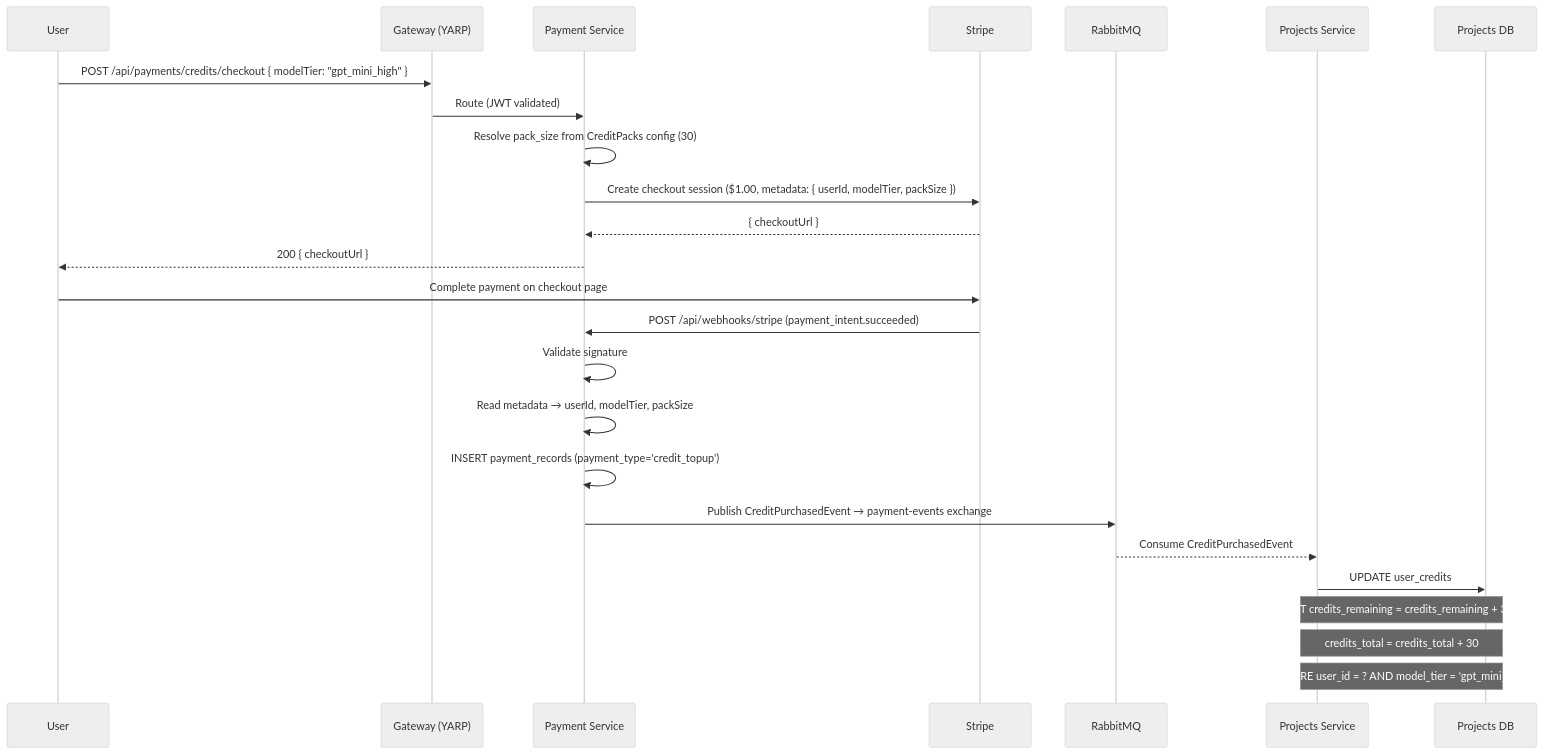
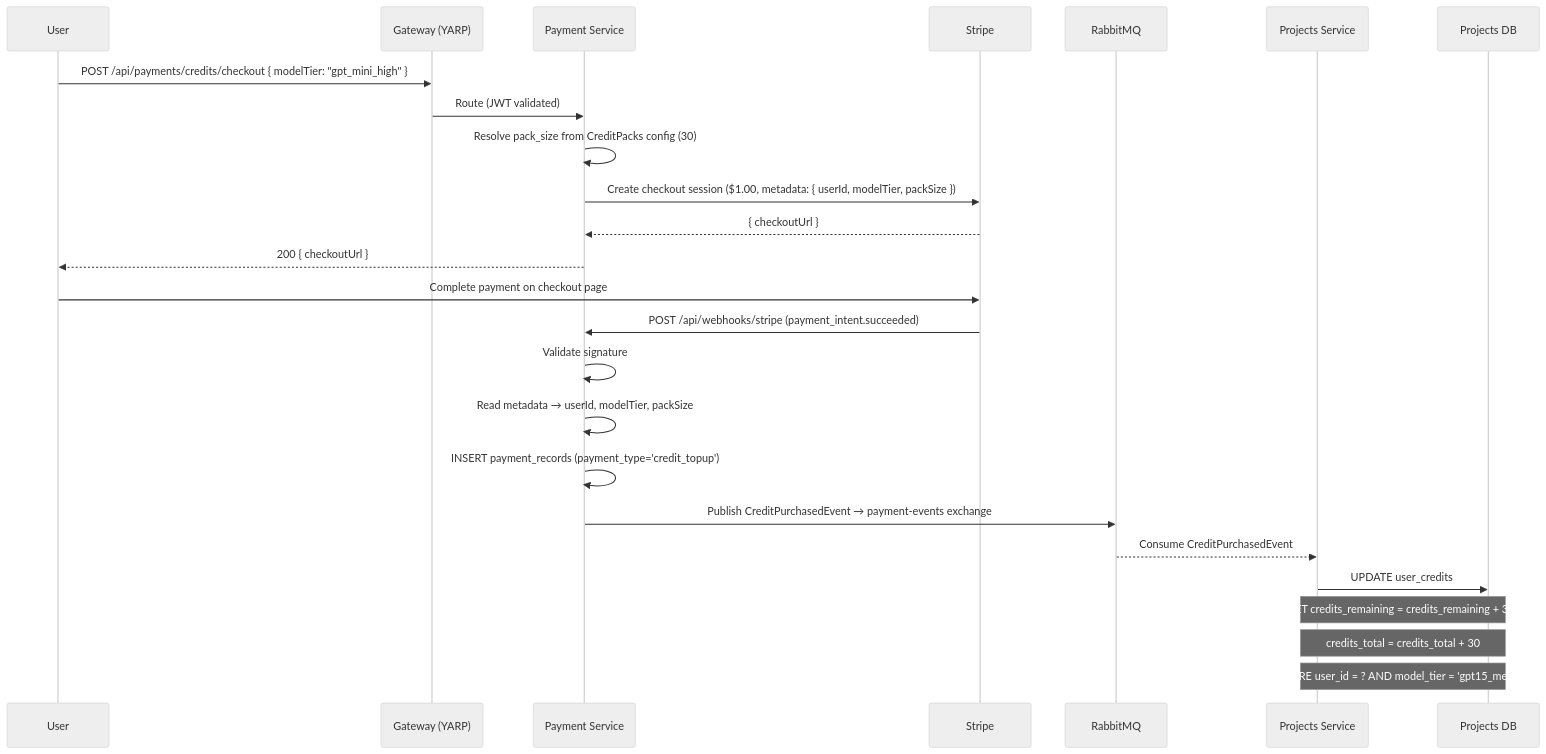
The second of 7 diagrams in docs/admin-and-payments-architecture.md (Jhon6723/capstone-software-development-5-service), drawn with Mermaid (neutral theme) before and after one commit. The commit also changed other lines of this file and 1 other file, not shown here.

First line of the commit message:
docs: update AI model tiers from 3 to 7 models and revise credit pricing structure

````diff
--- a/docs/admin-and-payments-architecture.md
+++ b/docs/admin-and-payments-architecture.md
@@ -346,29 +370,29 @@
 ```mermaid
 sequenceDiagram
     participant U as User
     participant GW as Gateway (YARP)
     participant PAY as Payment Service
     participant STRIPE as Stripe
     participant R as RabbitMQ
     participant PROJ as Projects Service
     participant UDB as Projects DB
 
     U->>GW: POST /api/payments/credits/checkout { modelTier: "gpt_mini_high" }
     GW->>PAY: Route (JWT validated)
     PAY->>PAY: Resolve pack_size from CreditPacks config (30)
     PAY->>STRIPE: Create checkout session ($1.00, metadata: { userId, modelTier, packSize })
     STRIPE-->>PAY: { checkoutUrl }
     PAY-->>U: 200 { checkoutUrl }
 
     U->>STRIPE: Complete payment on checkout page
     STRIPE->>PAY: POST /api/webhooks/stripe (payment_intent.succeeded)
     PAY->>PAY: Validate signature
     PAY->>PAY: Read metadata → userId, modelTier, packSize
     PAY->>PAY: INSERT payment_records (payment_type='credit_topup')
     PAY->>R: Publish CreditPurchasedEvent → payment-events exchange
     R-->>PROJ: Consume CreditPurchasedEvent
     PROJ->>UDB: UPDATE user_credits
     Note over PROJ,UDB: SET credits_remaining = credits_remaining + 30,
     Note over PROJ,UDB: credits_total = credits_total + 30
-    Note over PROJ,UDB: WHERE user_id = ? AND model_tier = 'gpt_mini_high'
+    Note over PROJ,UDB: WHERE user_id = ? AND model_tier = 'gpt15_medium'
 ```
````
